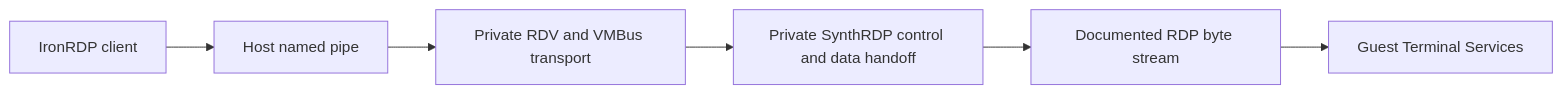
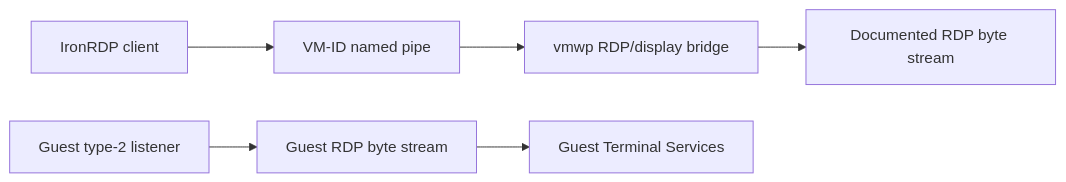
The diagram in docs/reversing/windows-sandbox-rdp-protocol-boundary.md (Devolutions/IronRDP), drawn with Mermaid before and after one commit. The commit also changed other lines of this file and 11 other files, not shown here.

````diff
--- a/docs/reversing/windows-sandbox-rdp-protocol-boundary.md
+++ b/docs/reversing/windows-sandbox-rdp-protocol-boundary.md
@@ -8,8 +8,8 @@
 ```mermaid
 flowchart LR
-    Client[IronRDP client] --> Pipe[Host named pipe]
-    Pipe --> RDV[Private RDV and VMBus transport]
-    RDV --> Synth[Private SynthRDP control and data handoff]
-    Synth --> RDP[Documented RDP byte stream]
-    RDP --> Termsrv[Guest Terminal Services]
+    Client[IronRDP client] --> Pipe[VM-ID named pipe]
+    Pipe --> Worker[vmwp RDP/display bridge]
+    Worker --> RDP[Documented RDP byte stream]
+    Guest[Guest type-2 listener] --> GuestRdp[Guest RDP byte stream]
+    GuestRdp --> Termsrv[Guest Terminal Services]
 ```
````
